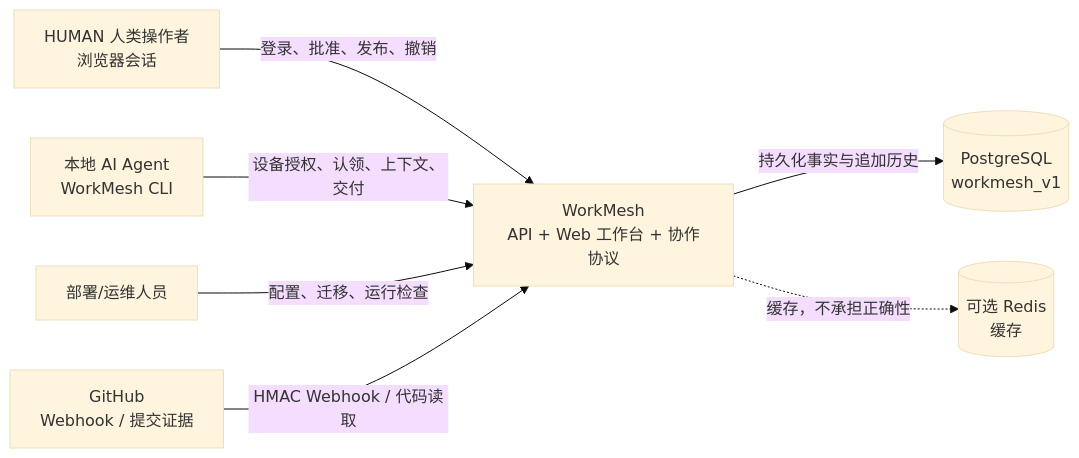
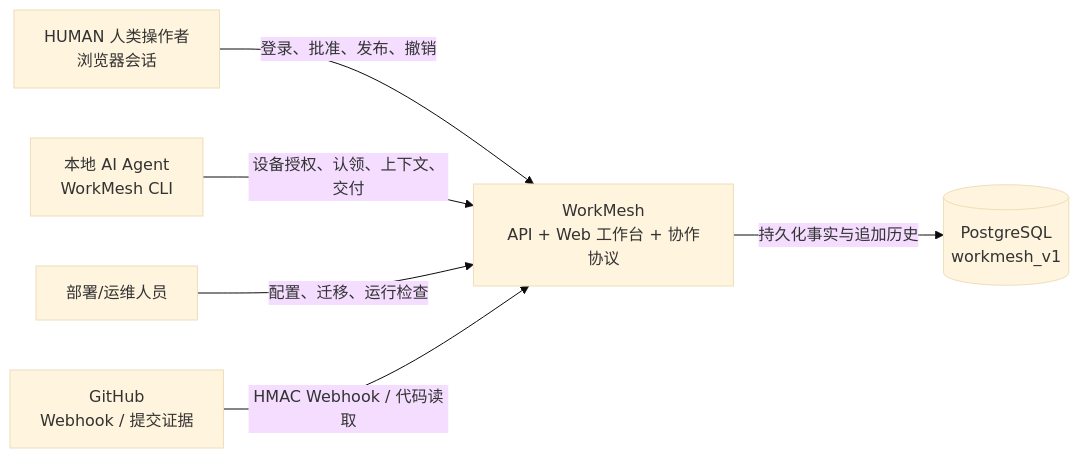
One commit to async-artisan/workmesh changed the first of 8 diagrams in docs/code-wiki/ARCHITECTURE_DIAGRAMS.md. Above: the diagram before and after it, drawn with Mermaid (base theme). The commit also changed other lines of this file and 42 other files, not shown here.

````diff
--- a/docs/code-wiki/ARCHITECTURE_DIAGRAMS.md
+++ b/docs/code-wiki/ARCHITECTURE_DIAGRAMS.md
@@ -13,17 +13,15 @@
 ```mermaid
 flowchart LR
   Human["HUMAN 人类操作者\n浏览器会话"]
   Agent["本地 AI Agent\nWorkMesh CLI"]
   Ops["部署/运维人员"]
   WM["WorkMesh\nAPI + Web 工作台 + 协作协议"]
   DB[("PostgreSQL\nworkmesh_v1")]
   GH["GitHub\nWebhook / 提交证据"]
-  Redis[("可选 Redis\n缓存")]
 
   Human -->|登录、批准、发布、撤销| WM
   Agent -->|设备授权、认领、上下文、交付| WM
   Ops -->|配置、迁移、运行检查| WM
   WM -->|持久化事实与追加历史| DB
   GH -->|HMAC Webhook / 代码读取| WM
-  WM -.->|缓存，不承担正确性| Redis
 ```
````
